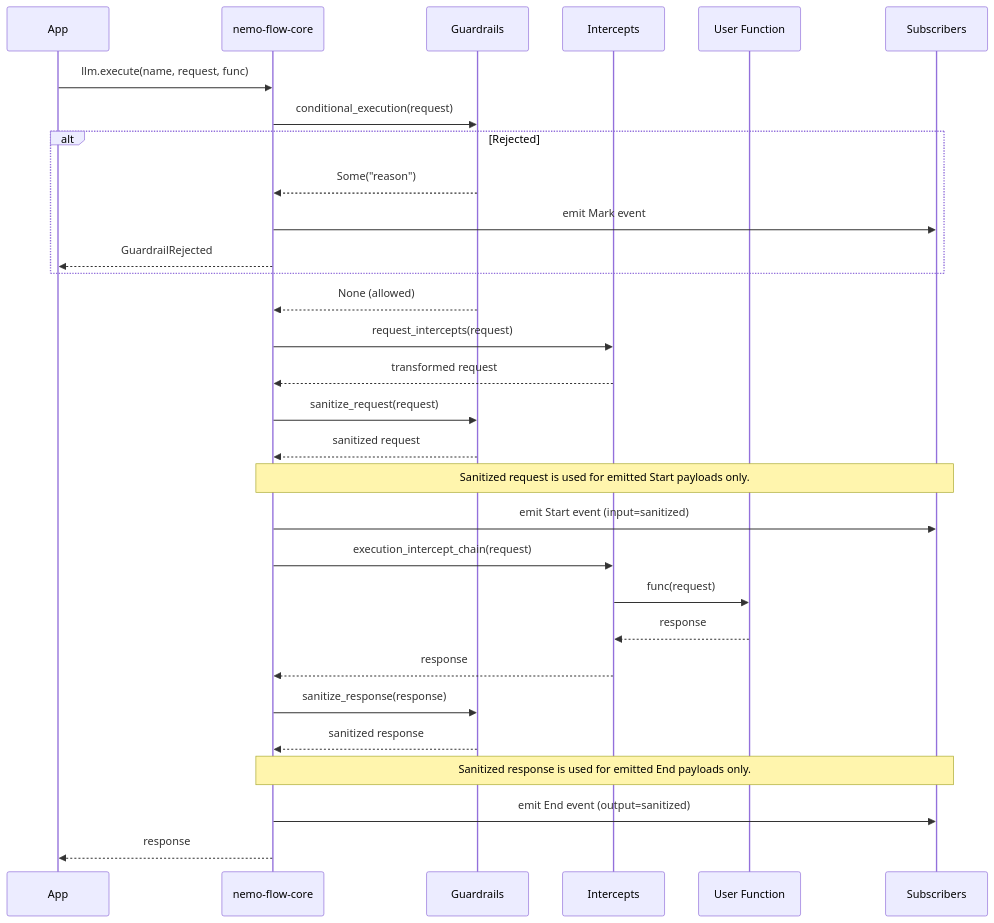
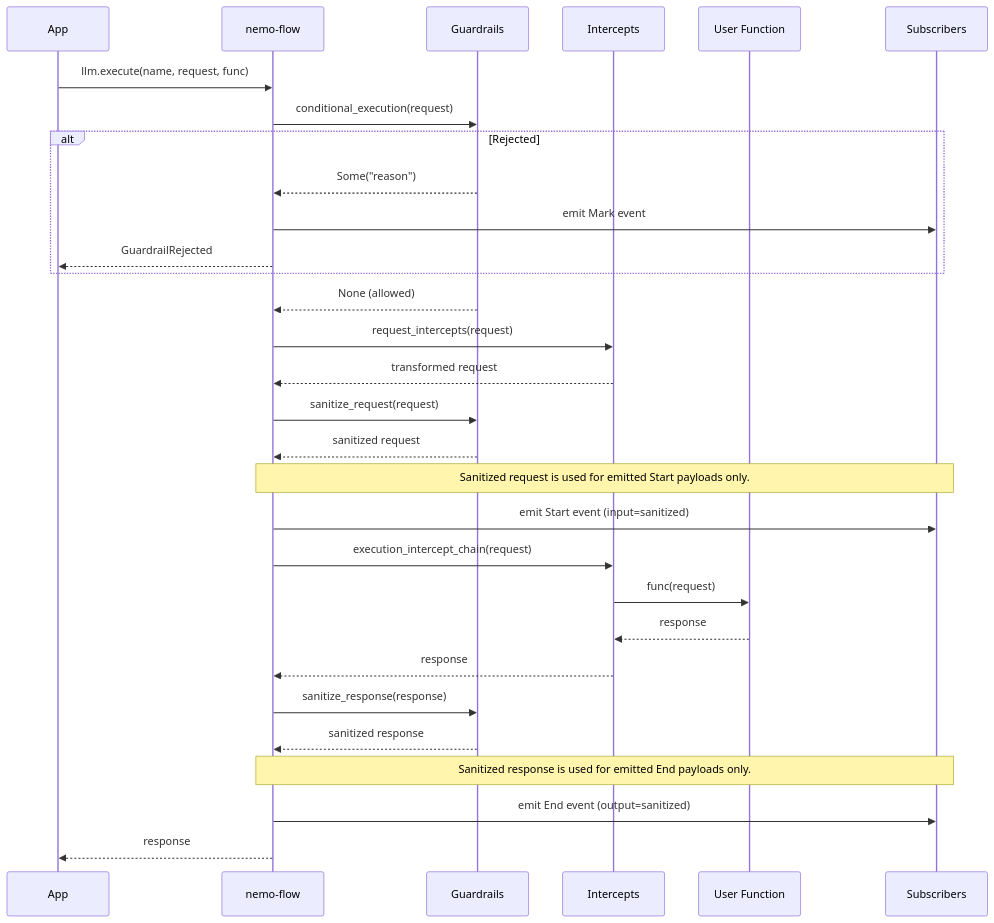
Before and after one commit to NVIDIA/NeMo-Relay: the fourth of 4 diagrams in docs/architecture.md, drawn with Mermaid. The commit also changed other lines of this file and 103 other files, not shown here.

````diff
--- a/docs/architecture.md
+++ b/docs/architecture.md
@@ -182,33 +182,33 @@
 ```mermaid
 sequenceDiagram
     participant App
-    participant Core as nemo-flow-core
+    participant Core as nemo-flow
     participant Guards as Guardrails
     participant Ints as Intercepts
     participant Func as User Function
     participant Subs as Subscribers
 
     App->>Core: llm.execute(name, request, func)
     Core->>Guards: conditional_execution(request)
     alt Rejected
         Guards-->>Core: Some("reason")
         Core->>Subs: emit Mark event
         Core-->>App: GuardrailRejected
     end
     Guards-->>Core: None (allowed)
     Core->>Ints: request_intercepts(request)
     Ints-->>Core: transformed request
     Core->>Guards: sanitize_request(request)
     Guards-->>Core: sanitized request
     Note over Core,Subs: Sanitized request is used for emitted Start payloads only.
     Core->>Subs: emit Start event (input=sanitized)
     Core->>Ints: execution_intercept_chain(request)
     Ints->>Func: func(request)
     Func-->>Ints: response
     Ints-->>Core: response
     Core->>Guards: sanitize_response(response)
     Guards-->>Core: sanitized response
     Note over Core,Subs: Sanitized response is used for emitted End payloads only.
     Core->>Subs: emit End event (output=sanitized)
     Core-->>App: response
 ```
````
